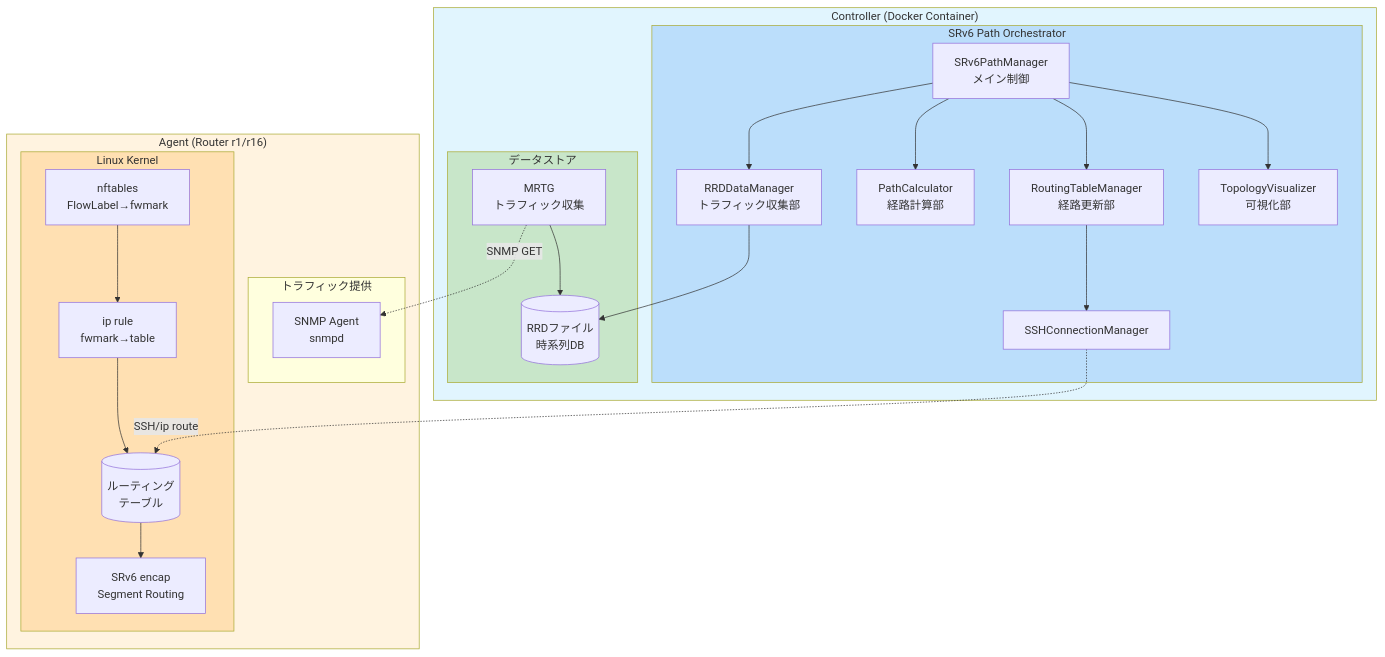
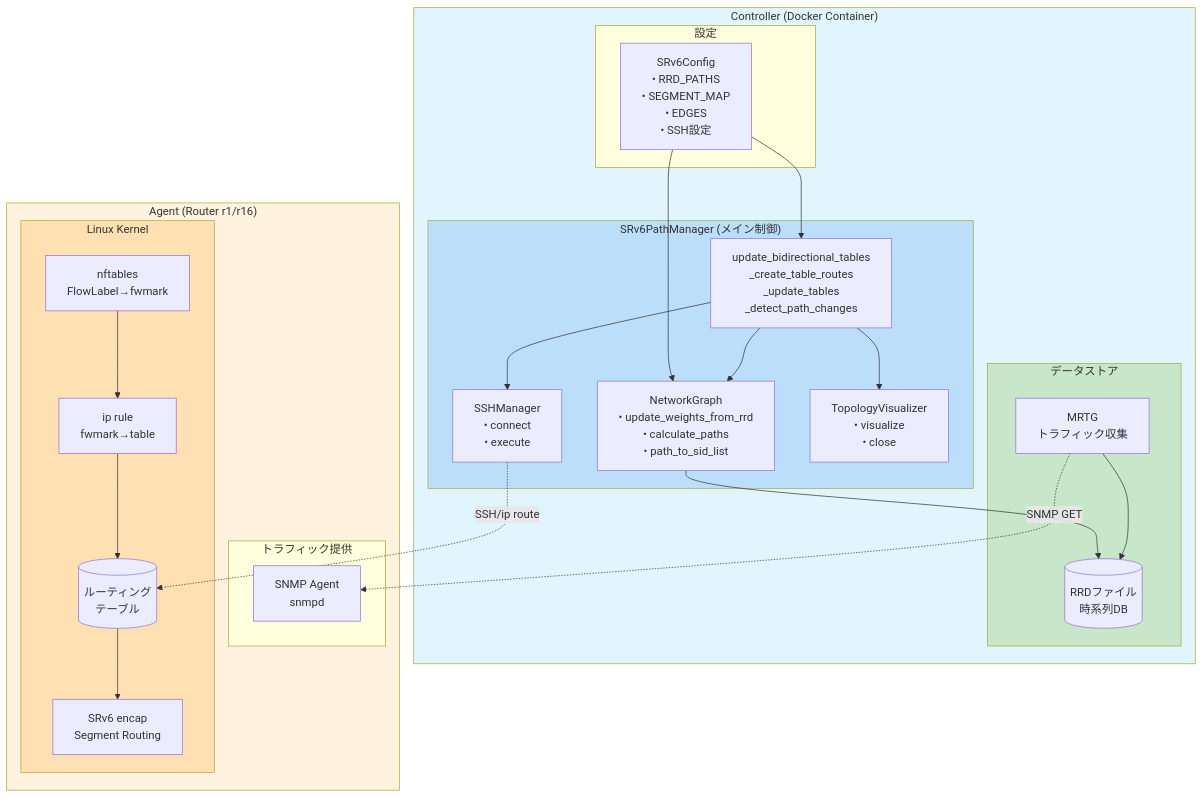
Before and after one commit to hiro-hcu/srv6_dynamic_routing_performance3_evaluation_system: the fifth of 5 diagrams in docs/sequence_diagrams.md, drawn with Mermaid. The commit also changed other lines of this file, not shown here.

````diff
--- a/docs/sequence_diagrams.md
+++ b/docs/sequence_diagrams.md
@@ -378,52 +408,54 @@
 ```mermaid
 graph TB
     subgraph Controller["Controller (Docker Container)"]
-        subgraph Orchestrator["SRv6 Path Orchestrator"]
-            PM[SRv6PathManager<br/>メイン制御]
-            RDM[RRDDataManager<br/>トラフィック収集部]
-            PC[PathCalculator<br/>経路計算部]
-            RTM[RoutingTableManager<br/>経路更新部]
-            SSH[SSHConnectionManager]
-            TV[TopologyVisualizer<br/>可視化部]
+        subgraph Config["設定"]
+            CFG[SRv6Config<br/>• RRD_PATHS<br/>• SEGMENT_MAP<br/>• EDGES<br/>• SSH設定]
+        end
+        
+        subgraph Orchestrator["SRv6PathManager (メイン制御)"]
+            PM[update_bidirectional_tables<br/>_create_table_routes<br/>_update_tables<br/>_detect_path_changes]
+            NG[NetworkGraph<br/>• update_weights_from_rrd<br/>• calculate_paths<br/>• path_to_sid_list]
+            SSH[SSHManager<br/>• connect<br/>• execute]
+            TV[TopologyVisualizer<br/>• visualize<br/>• close]
         end
         
         subgraph DataStore["データストア"]
             MRTG[MRTG<br/>トラフィック収集]
             RRD[(RRDファイル<br/>時系列DB)]
         end
         
-        PM --> RDM
-        PM --> PC
-        PM --> RTM
+        CFG --> PM
+        CFG --> NG
+        PM --> NG
+        PM --> SSH
         PM --> TV
-        RTM --> SSH
-        RDM --> RRD
+        NG --> RRD
         MRTG --> RRD
     end
     
     subgraph Agent["Agent (Router r1/r16)"]
         subgraph SNMP["トラフィック提供"]
             SNMPD[SNMP Agent<br/>snmpd]
         end
         
         subgraph Kernel["Linux Kernel"]
             NFT[nftables<br/>FlowLabel→fwmark]
             IPRULE[ip rule<br/>fwmark→table]
             RTTBL[(ルーティング<br/>テーブル)]
             SRV6[SRv6 encap<br/>Segment Routing]
         end
         
         NFT --> IPRULE
         IPRULE --> RTTBL
         RTTBL --> SRV6
     end
     
     MRTG -.->|SNMP GET| SNMPD
     SSH -.->|SSH/ip route| RTTBL
     
     style Controller fill:#e1f5fe
     style Agent fill:#fff3e0
     style Orchestrator fill:#bbdefb
     style DataStore fill:#c8e6c9
     style Kernel fill:#ffe0b2
 ```
````
